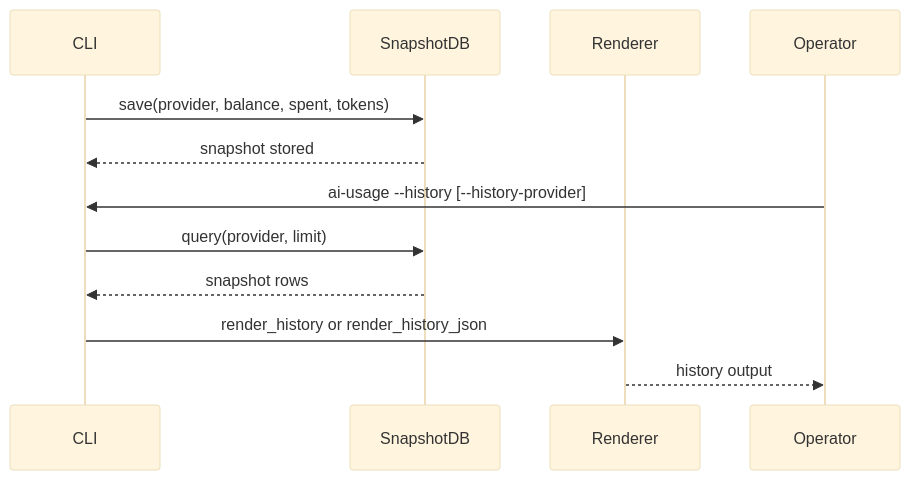
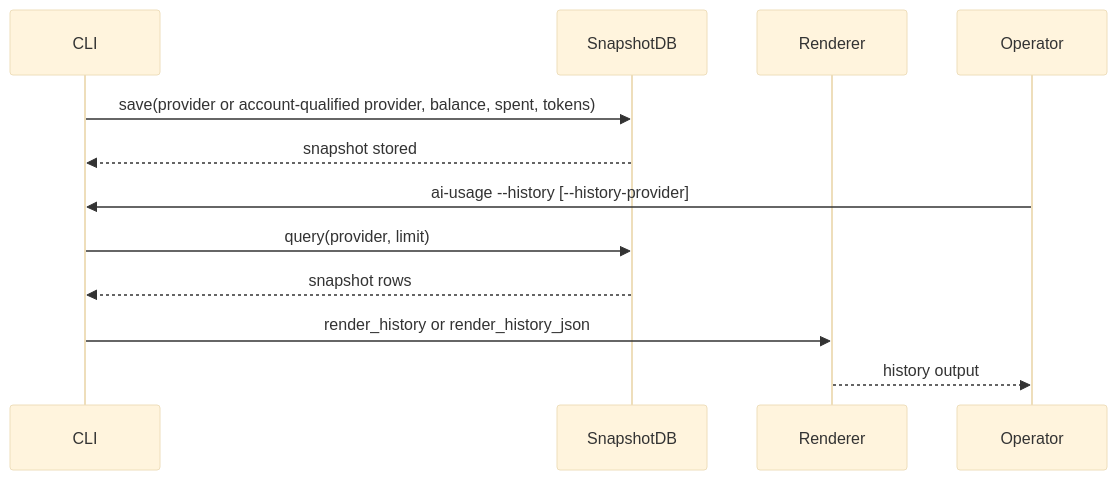
Before and after one commit to michaelnicks0/ai-usage: the third of 3 diagrams in docs/data-architecture.md, drawn with Mermaid (base theme). The commit also changed other lines of this file and 46 other files, not shown here.

````diff
--- a/docs/data-architecture.md
+++ b/docs/data-architecture.md
@@ -77,15 +77,15 @@
 ```mermaid
 sequenceDiagram
     participant cli as CLI
     participant db as SnapshotDB
     participant renderer as Renderer
     participant user as Operator
 
-    cli->>db: save(provider, balance, spent, tokens)
+    cli->>db: save(provider or account-qualified provider, balance, spent, tokens)
     db-->>cli: snapshot stored
     user->>cli: ai-usage --history [--history-provider]
     cli->>db: query(provider, limit)
     db-->>cli: snapshot rows
     cli->>renderer: render_history or render_history_json
     renderer-->>user: history output
 ```
````
